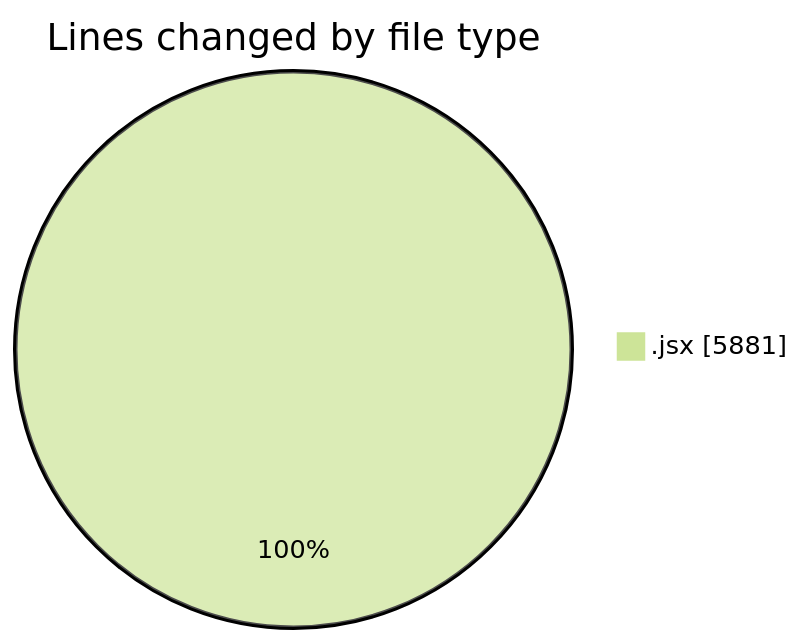
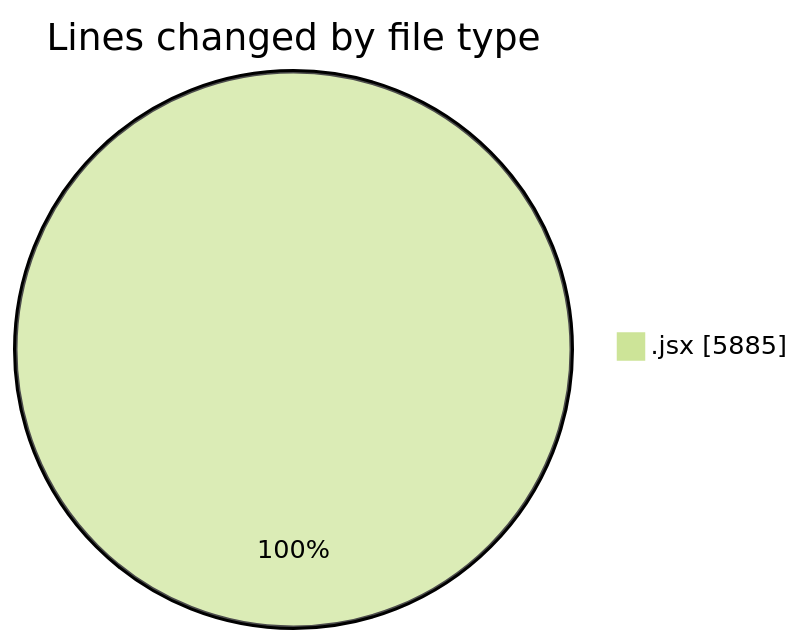
One commit to nxtqubesakshisongat/code-tracking changed the first of 2 diagrams in 2025-07-08/argos/README.md. Above: the diagram before and after it, drawn with Mermaid (forest theme). The commit also changed other lines of this file and 1 other file, not shown here.

````diff
--- a/2025-07-08/argos/README.md
+++ b/2025-07-08/argos/README.md
@@ -26,5 +26,5 @@
 ```mermaid
 pie showData
 title Lines changed by file type
-".jsx" : 5881
+".jsx" : 5885
 ```
````
